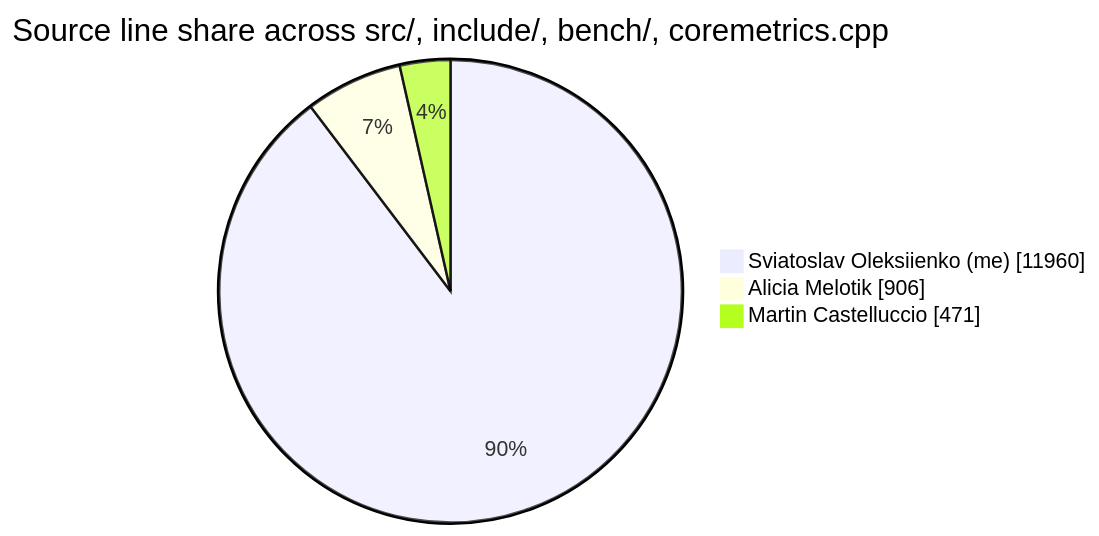
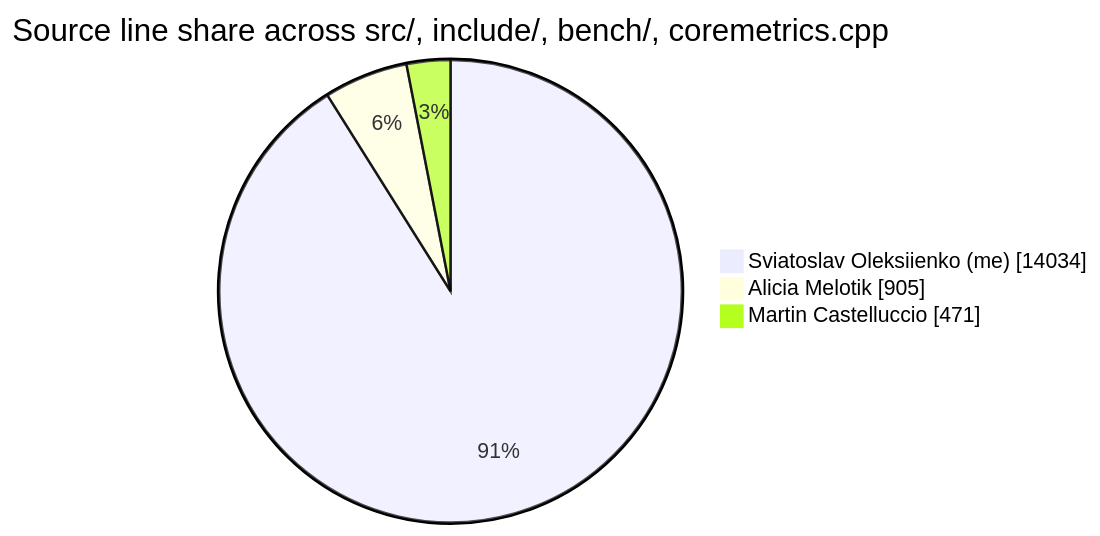
Before and after one commit to sviatil0/coremetrics: the diagram in .github/badges/contributions.md, drawn with Mermaid. The commit also changed other lines of this file and 2 other files, not shown here.

````diff
--- a/.github/badges/contributions.md
+++ b/.github/badges/contributions.md
@@ -11,7 +11,7 @@
 ```mermaid
 pie showData
     title Source line share across src/, include/, bench/, coremetrics.cpp
-    "Sviatoslav Oleksiienko (me)" : 11960
-    "Alicia Melotik" : 906
+    "Sviatoslav Oleksiienko (me)" : 14034
+    "Alicia Melotik" : 905
     "Martin Castelluccio" : 471
 ```
````
